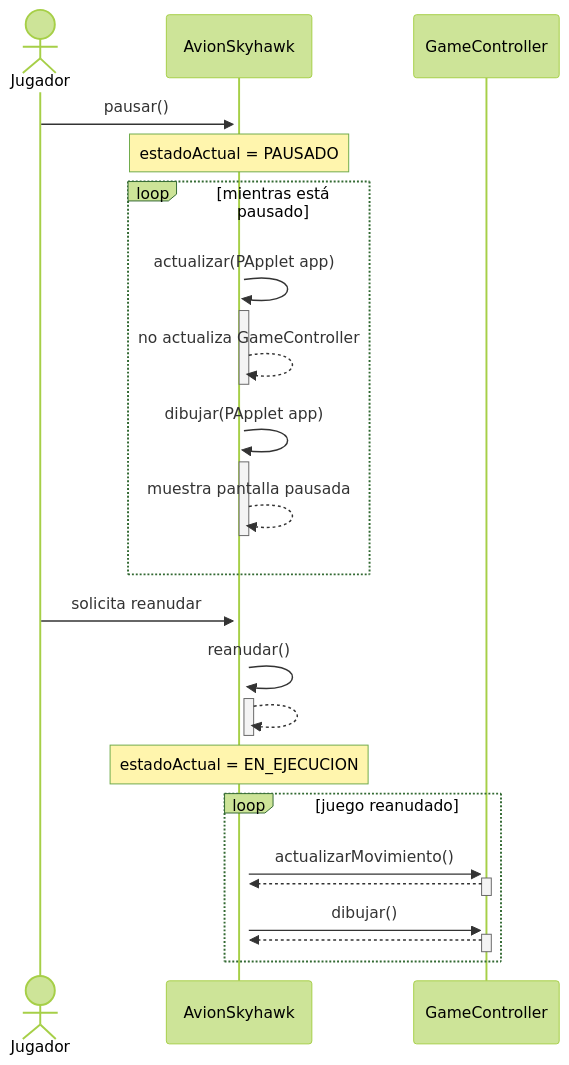
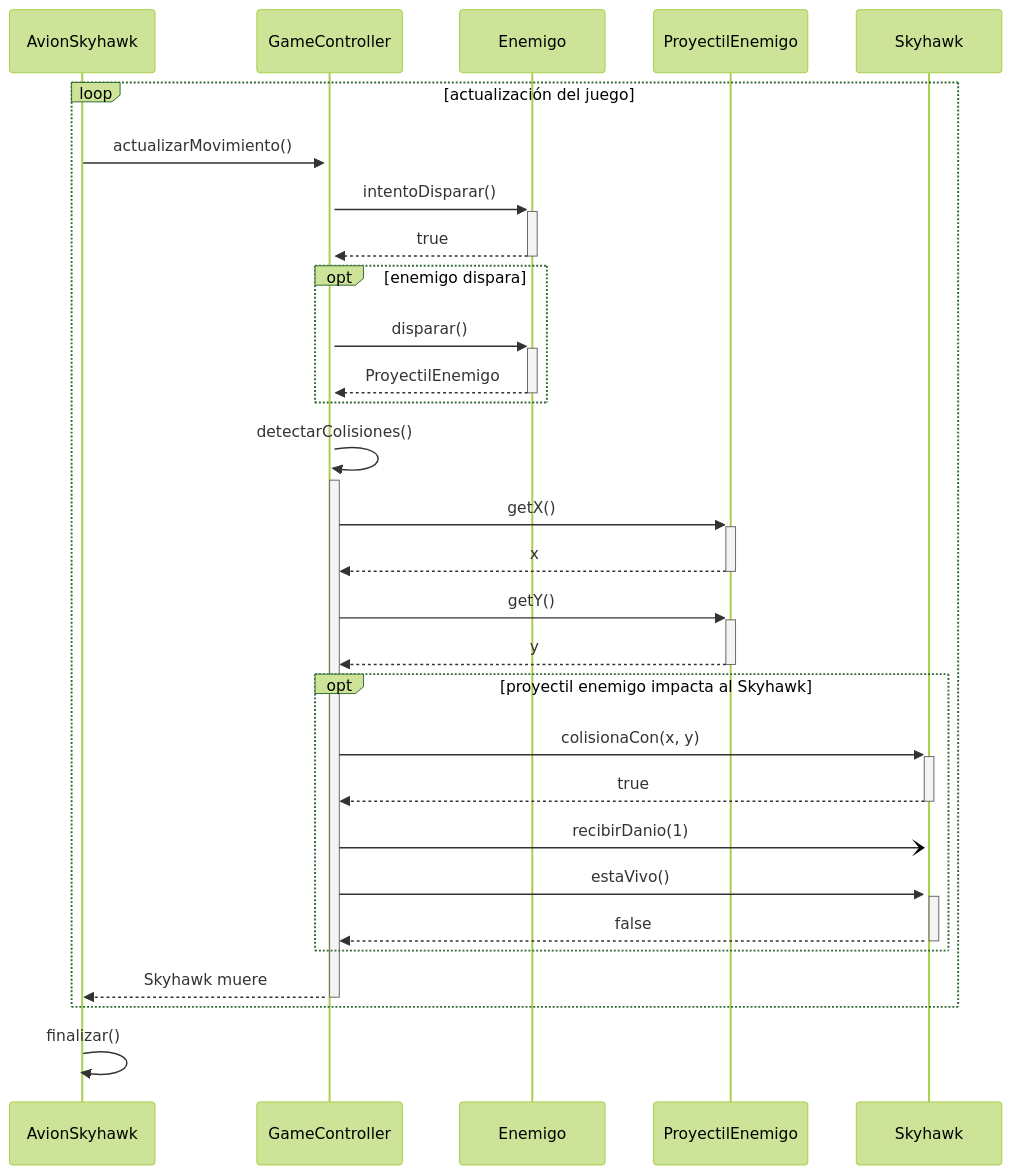
Before and after one commit to chiaraarego/Grupo-2---Skyhawk: the fifth of 6 diagrams in Diagramas/diagram_Secuencias_Actualizados.md, drawn with Mermaid (forest theme). The commit also changed other lines of this file and 1 other file, not shown here.

Commit message:
Actualizar diagramas de secuencia de fin de partida y estadisticas

````diff
--- a/Diagramas/diagram_Secuencias_Actualizados.md
+++ b/Diagramas/diagram_Secuencias_Actualizados.md
@@ -182,35 +178,46 @@
 ```mermaid
 sequenceDiagram
-    actor Jugador
-
     participant AvionSkyhawk
     participant GameController
+    participant Enemigo
+    participant ProyectilEnemigo
+    participant Skyhawk
 
-    Jugador ->> +AvionSkyhawk : pausar()
+    loop actualización del juego
+        AvionSkyhawk ->> +GameController : actualizarMovimiento()
 
+        
+        GameController ->> +Enemigo : intentoDisparar()
+        Enemigo -->> -GameController : true
+        
 
-    Note over AvionSkyhawk: estadoActual = PAUSADO
+        opt enemigo dispara
+            GameController ->> +Enemigo : disparar()
+            Enemigo -->> -GameController : ProyectilEnemigo
 
-    loop mientras está pausado
-        AvionSkyhawk ->> +AvionSkyhawk : actualizar(PApplet app)
-        AvionSkyhawk -->> -AvionSkyhawk : no actualiza GameController
+        end
 
-        AvionSkyhawk ->> +AvionSkyhawk : dibujar(PApplet app)
-        AvionSkyhawk -->> -AvionSkyhawk : muestra pantalla pausada
+        GameController ->> +GameController : detectarColisiones()
+
+        GameController ->> +ProyectilEnemigo : getX()
+        ProyectilEnemigo -->> -GameController : x
+
+        GameController ->> +ProyectilEnemigo : getY()
+        ProyectilEnemigo -->> -GameController : y
+
+        opt proyectil enemigo impacta al Skyhawk
+            GameController ->> +Skyhawk : colisionaCon(x, y)
+            Skyhawk -->> -GameController : true
+
+            GameController -) +Skyhawk : recibirDanio(1)
+
+            GameController ->> +Skyhawk : estaVivo()
+            Skyhawk -->> -GameController : false
+        end
+
+        GameController -->> -AvionSkyhawk : Skyhawk muere
+
     end
+AvionSkyhawk ->> +AvionSkyhawk : finalizar()
 
-    Jugador ->> +AvionSkyhawk : solicita reanudar
-
-    AvionSkyhawk ->> +AvionSkyhawk : reanudar()
-    AvionSkyhawk -->> -AvionSkyhawk : 
-
-    Note over AvionSkyhawk: estadoActual = EN_EJECUCION
-
-    loop juego reanudado
-        AvionSkyhawk ->> +GameController : actualizarMovimiento()
-        GameController -->> -AvionSkyhawk : 
-
-        AvionSkyhawk ->> +GameController : dibujar()
-        GameController -->> -AvionSkyhawk : 
-    end
 ```
````
